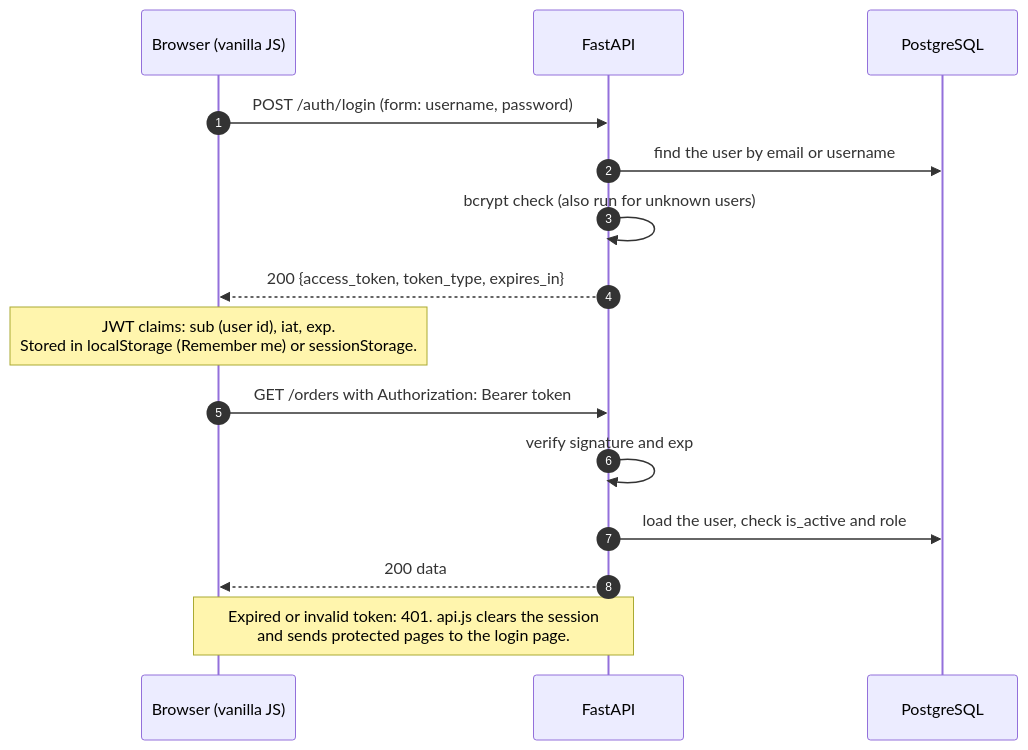
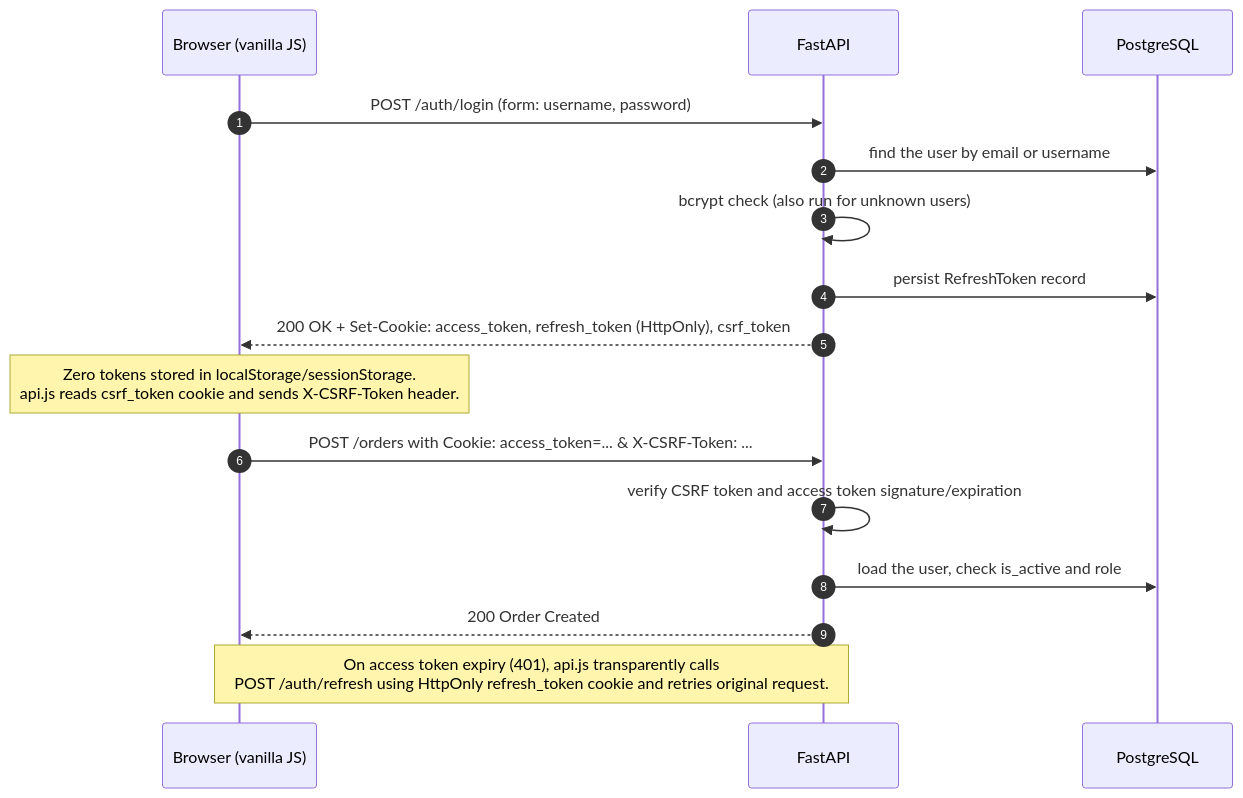
One commit to aradkj/pc-shop changed the fifth of 5 diagrams in README.md. Above: the diagram before and after it, drawn with Mermaid. The commit also changed other lines of this file and 68 other files, not shown here.

````diff
--- a/README.md
+++ b/README.md
@@ -444,17 +547,18 @@
 ```mermaid
 sequenceDiagram
     autonumber
     participant B as Browser (vanilla JS)
     participant A as FastAPI
     participant D as PostgreSQL
     B->>A: POST /auth/login (form: username, password)
     A->>D: find the user by email or username
     A->>A: bcrypt check (also run for unknown users)
-    A-->>B: 200 {access_token, token_type, expires_in}
-    Note over B: JWT claims: sub (user id), iat, exp.<br/>Stored in localStorage (Remember me) or sessionStorage.
-    B->>A: GET /orders  with  Authorization: Bearer token
-    A->>A: verify signature and exp
+    A->>D: persist RefreshToken record
+    A-->>B: 200 OK + Set-Cookie: access_token, refresh_token (HttpOnly), csrf_token
+    Note over B: Zero tokens stored in localStorage/sessionStorage.<br/>api.js reads csrf_token cookie and sends X-CSRF-Token header.
+    B->>A: POST /orders  with  Cookie: access_token=... & X-CSRF-Token: ...
+    A->>A: verify CSRF token and access token signature/expiration
     A->>D: load the user, check is_active and role
-    A-->>B: 200 data
-    Note over B,A: Expired or invalid token: 401. api.js clears the session<br/>and sends protected pages to the login page.
+    A-->>B: 200 Order Created
+    Note over B,A: On access token expiry (401), api.js transparently calls<br/>POST /auth/refresh using HttpOnly refresh_token cookie and retries original request.
 ```
````
